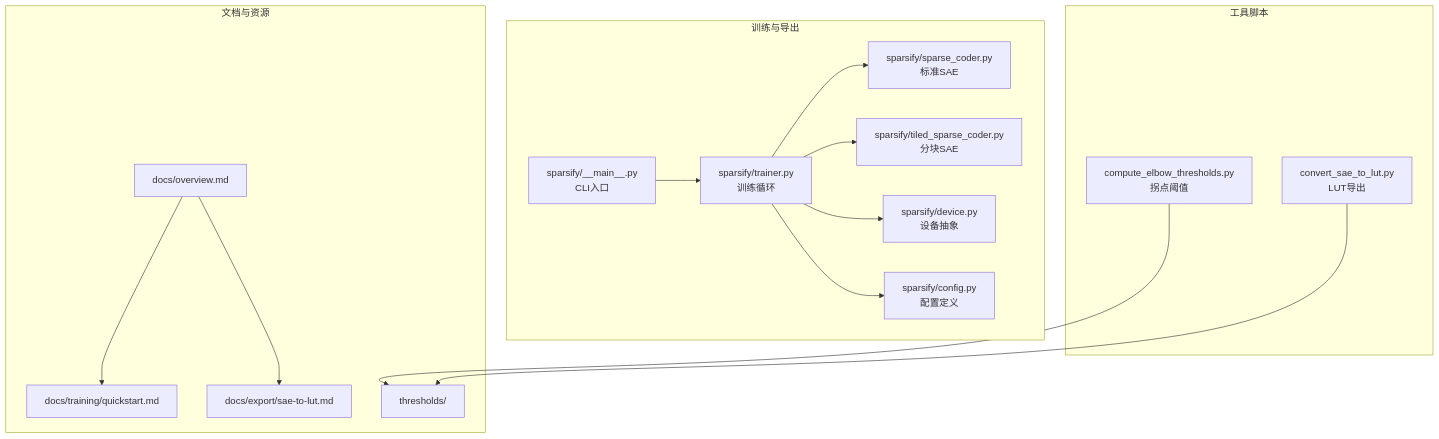
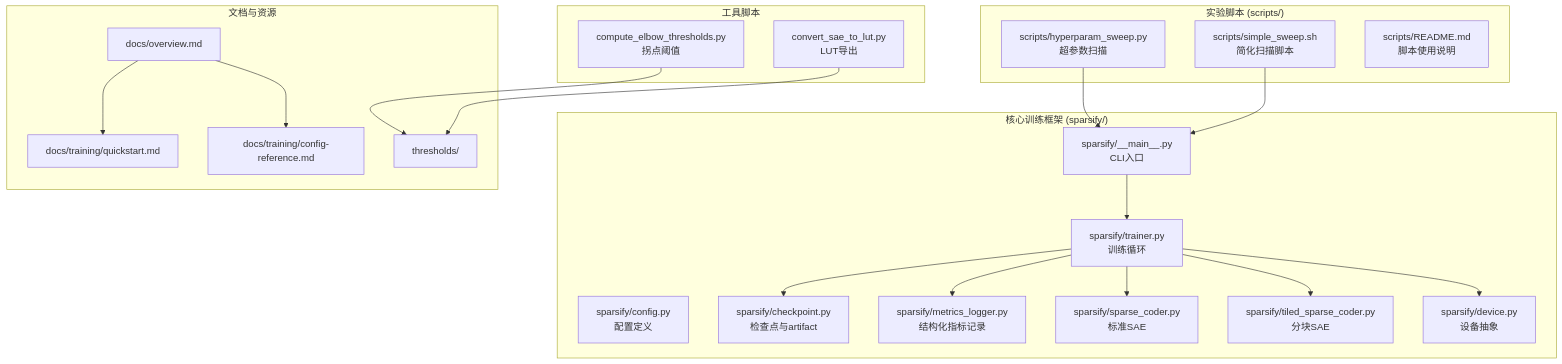
Before and after one commit to duanzhaol/sparsify: the first of 10 diagrams in .qoder/repowiki/zh/content/项目概述/项目概述.md, drawn with Mermaid. The commit also changed other lines of this file and 5 other files, not shown here.

````diff
--- a/.qoder/repowiki/zh/content/项目概述/项目概述.md
+++ b/.qoder/repowiki/zh/content/项目概述/项目概述.md
@@ -68,30 +80,40 @@
 ```mermaid
 graph TB
-subgraph "训练与导出"
+subgraph "核心训练框架 (sparsify/)"
 A["sparsify/__main__.py<br/>CLI入口"]
 B["sparsify/config.py<br/>配置定义"]
 C["sparsify/trainer.py<br/>训练循环"]
-D["sparsify/sparse_coder.py<br/>标准SAE"]
-E["sparsify/tiled_sparse_coder.py<br/>分块SAE"]
-F["sparsify/device.py<br/>设备抽象"]
+D["sparsify/checkpoint.py<br/>检查点与artifact"]
+E["sparsify/metrics_logger.py<br/>结构化指标记录"]
+F["sparsify/sparse_coder.py<br/>标准SAE"]
+G["sparsify/tiled_sparse_coder.py<br/>分块SAE"]
+H["sparsify/device.py<br/>设备抽象"]
+end
+subgraph "实验脚本 (scripts/)"
+I["scripts/hyperparam_sweep.py<br/>超参数扫描"]
+J["scripts/simple_sweep.sh<br/>简化扫描脚本"]
+K["scripts/README.md<br/>脚本使用说明"]
 end
 subgraph "工具脚本"
-G["compute_elbow_thresholds.py<br/>拐点阈值"]
-H["convert_sae_to_lut.py<br/>LUT导出"]
+L["compute_elbow_thresholds.py<br/>拐点阈值"]
+M["convert_sae_to_lut.py<br/>LUT导出"]
 end
 subgraph "文档与资源"
-I["docs/overview.md"]
-J["docs/training/quickstart.md"]
-K["docs/export/sae-to-lut.md"]
-L["thresholds/"]
+N["docs/overview.md"]
+O["docs/training/quickstart.md"]
+P["docs/training/config-reference.md"]
+Q["thresholds/"]
 end
 A --> C
 C --> D
 C --> E
 C --> F
-C --> B
-G --> L
-H --> L
-I --> J
-I --> K
+C --> G
+C --> H
+I --> A
+J --> A
+L --> Q
+M --> Q
+N --> O
+N --> P
 ```
````
